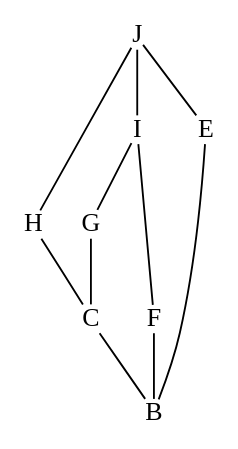
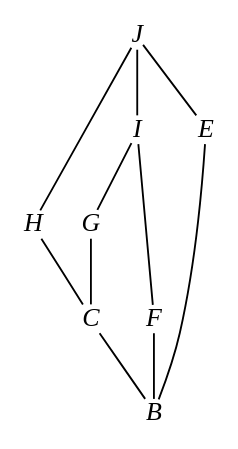
One commit to opencaesar/owl-tools changed the diagram in owl-close-world/step-1-child-identified.dot. Above: the diagram before and after it, drawn with Graphviz. The commit also changed 38 other files, not shown here.

```diff
--- a/owl-close-world/step-1-child-identified.dot
+++ b/owl-close-world/step-1-child-identified.dot
@@ -1,101 +1,109 @@
 digraph BundleClosure__Taxonomy {
     rankdir = BT
 
     I [
+        fontname = "Times-Italic",
         fontsize = 14,
         shape = plain,
         label = I
     ]
 
     J [
+        fontname = "Times-Italic",
         fontsize = 14,
         shape = plain,
         label = J
     ]
 
     G [
+        fontname = "Times-Italic",
         fontsize = 14,
         shape = plain,
         label = G
     ]
 
     H [
+        fontname = "Times-Italic",
         fontsize = 14,
         shape = plain,
         label = H
     ]
 
     C [
+        fontname = "Times-Italic",
         fontsize = 14,
         shape = plain,
         label = C
     ]
 
     E [
+        fontname = "Times-Italic",
         fontsize = 14,
         shape = plain,
         label = E
     ]
 
     F [
+        fontname = "Times-Italic",
         fontsize = 14,
         shape = plain,
         label = F
     ]
 
     B [
+        fontname = "Times-Italic",
         fontsize = 14,
         shape = plain,
         label = B
     ]
 
     I -> J [
         arrowhead = none,
         fontsize = 8
     ]
 
     G -> I [
         arrowhead = none,
         fontsize = 8
     ]
 
     H -> J [
         arrowhead = none,
         fontsize = 8
     ]
 
     C -> G [
         arrowhead = none,
         fontsize = 8
     ]
 
     C -> H [
         arrowhead = none,
         fontsize = 8
     ]
 
     E -> J [
         arrowhead = none,
         fontsize = 8
     ]
 
     F -> I [
         arrowhead = none,
         fontsize = 8
     ]
 
     B -> C [
         arrowhead = none,
         fontsize = 8
     ]
 
     B -> E [
         arrowhead = none,
         fontsize = 8
     ]
 
     B -> F [
         arrowhead = none,
         fontsize = 8
     ]
 }
```
